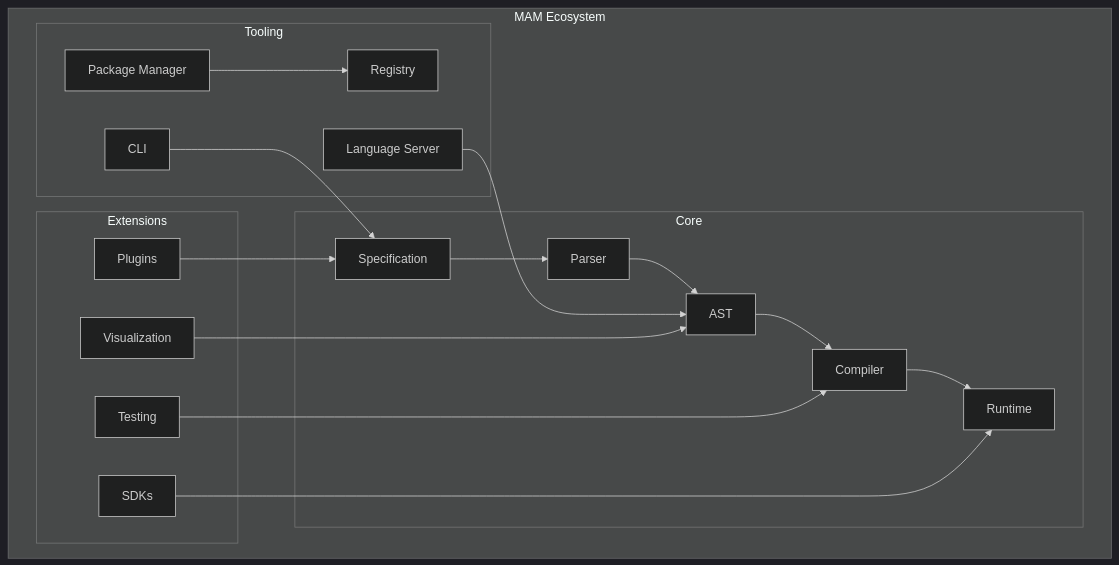
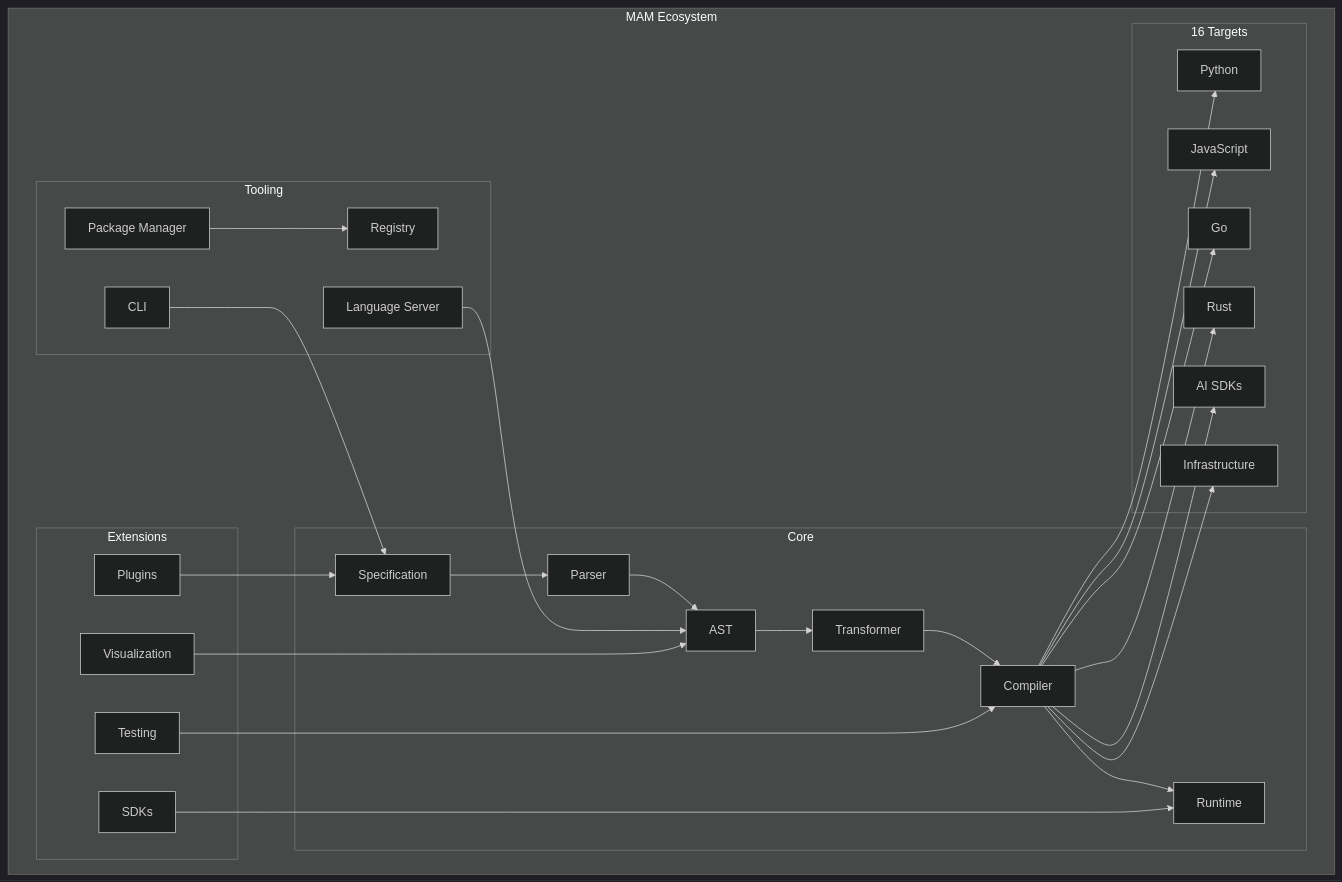
One commit to tcp-ecosystem/MAM changed the sixth of 6 diagrams in scope.md. Above: the diagram before and after it, drawn with Mermaid (dark theme). The commit also changed other lines of this file and 232 other files, not shown here.

````diff
--- a/scope.md
+++ b/scope.md
@@ -202,40 +202,58 @@
 ```mermaid
 graph TB
     subgraph "MAM Ecosystem"
         subgraph "Core"
             A[Specification]
             B[Parser]
             C[AST]
             D[Compiler]
             E[Runtime]
+            T[Transformer]
         end
         
         subgraph "Tooling"
             F[CLI]
             G[Package Manager]
             H[Registry]
             I[Language Server]
         end
         
         subgraph "Extensions"
             J[Plugins]
             K[SDKs]
             L[Testing]
             M[Visualization]
         end
+        
+        subgraph "16 Targets"
+            N[Python]
+            O[JavaScript]
+            P[Go]
+            Q[Rust]
+            R[AI SDKs]
+            S[Infrastructure]
+        end
     end
     
     A --> B
     B --> C
-    C --> D
+    C --> T
+    T --> D
     D --> E
     
     F --> A
     G --> H
     I --> C
     
     J --> A
     K --> E
     L --> D
     M --> C
+    
+    D --> N
+    D --> O
+    D --> P
+    D --> Q
+    D --> R
+    D --> S
 ```
````
